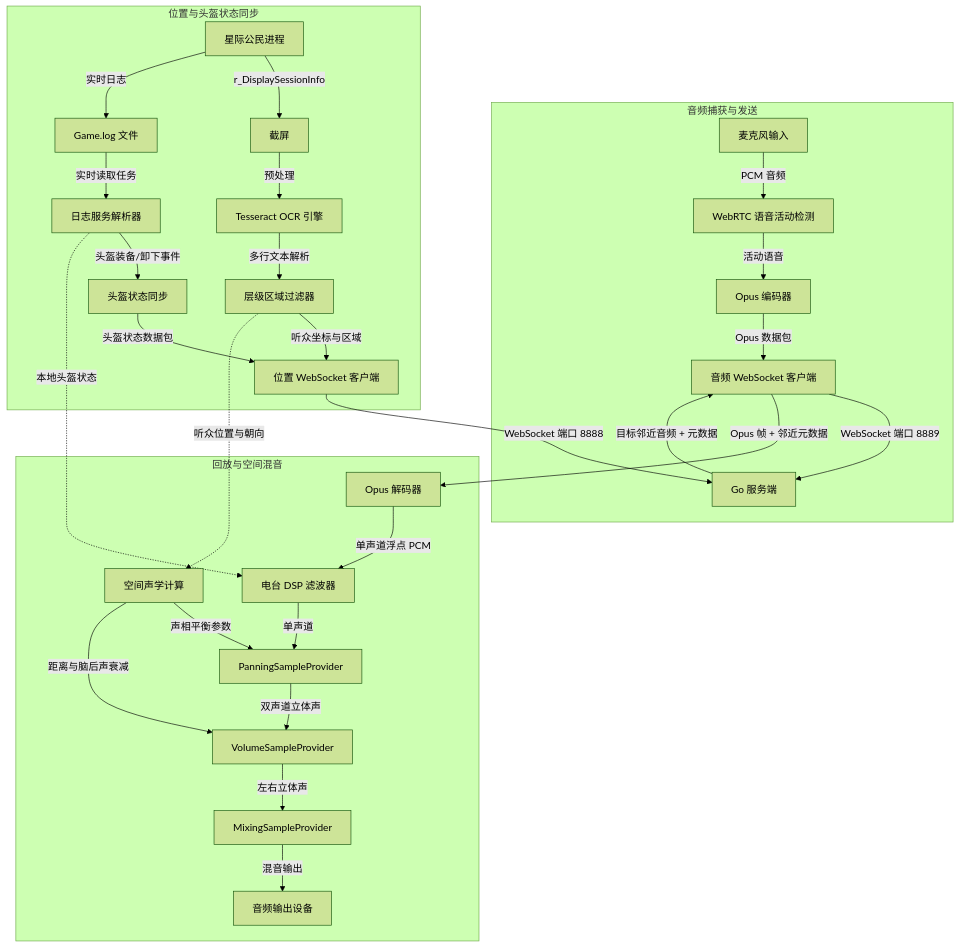
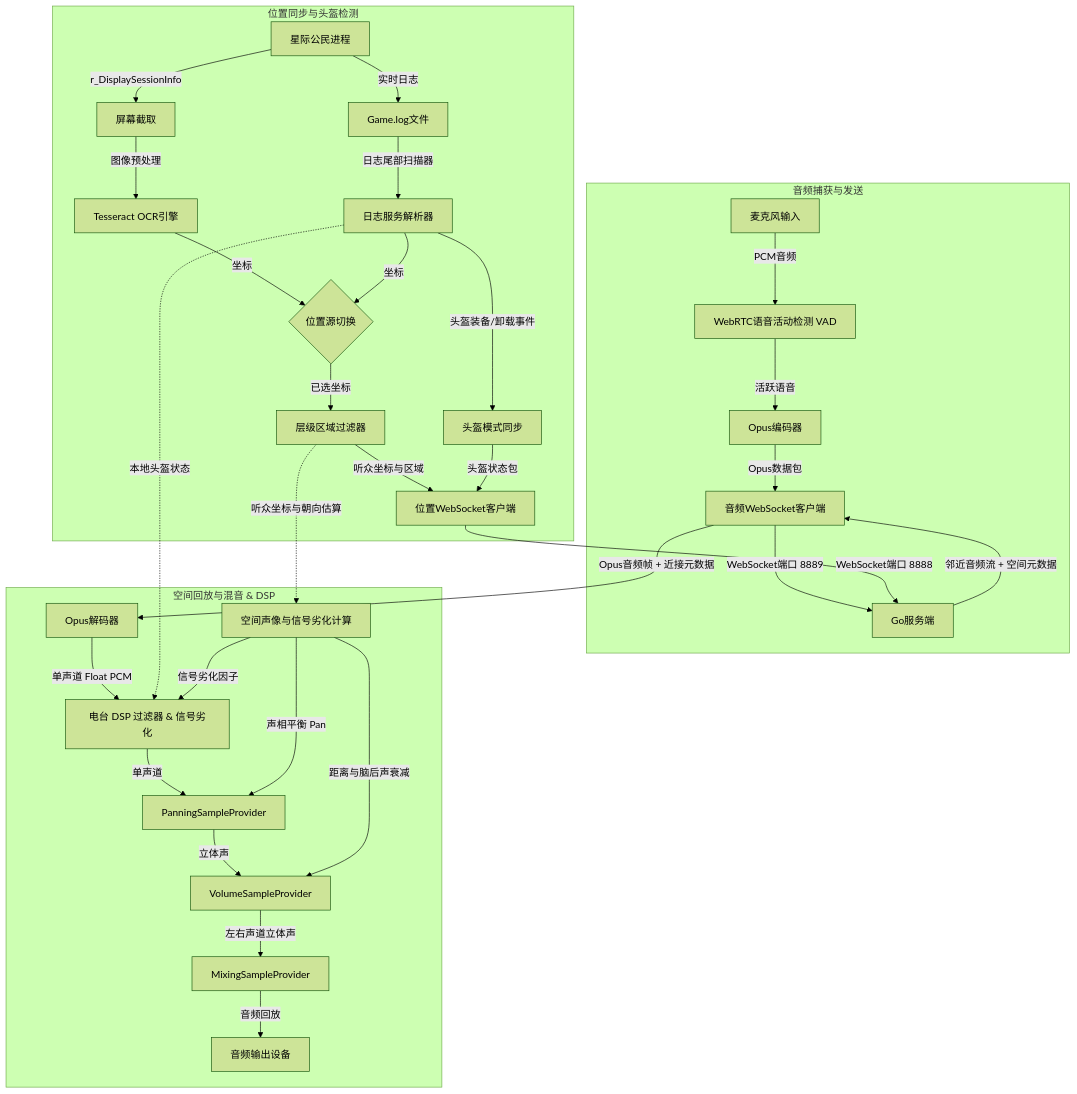
One commit to XuruDragon/XuruVOIP changed the diagram in doc/README.zh.md. Above: the diagram before and after it, drawn with Mermaid (forest theme). The commit also changed other lines of this file and 17 other files, not shown here.

````diff
--- a/doc/README.zh.md
+++ b/doc/README.zh.md
@@ -80,39 +80,45 @@
 ```mermaid
 graph TD
     subgraph 音频捕获与发送
-        Mic[麦克风输入] -->|PCM 音频| VAD[WebRTC 语音活动检测]
-        VAD -->|活动语音| OpusEnc[Opus 编码器]
-        OpusEnc -->|Opus 数据包| AudioWS[音频 WebSocket 客户端]
-        AudioWS -->|WebSocket 端口 8889| Server[Go 服务端]
+        Mic[麦克风输入] -->|PCM音频| VAD[WebRTC语音活动检测 VAD]
+        VAD -->|活跃语音| OpusEnc[Opus编码器]
+        OpusEnc -->|Opus数据包| AudioWS[音频WebSocket客户端]
+        AudioWS -->|WebSocket端口 8889| Server[Go服务端]
     end
 
-    subgraph 位置与头盔状态同步
-        SC[星际公民进程] -->|r_DisplaySessionInfo| Screen[截屏]
-        Screen -->|预处理| Tess[Tesseract OCR 引擎]
-        Tess -->|多行文本解析| Zone[层级区域过滤器]
-        Zone -->|听众坐标与区域| PosWS[位置 WebSocket 客户端]
-        PosWS -->|WebSocket 端口 8888| Server
+    subgraph 位置同步与头盔检测
+        SC[星际公民进程] -->|r_DisplaySessionInfo| Screen[屏幕截取]
+        Screen -->|图像预处理| Tess[Tesseract OCR引擎]
+        
+        SC -->|实时日志| GameLog[Game.log文件]
+        GameLog -->|日志尾部扫描器| LogParser[日志服务解析器]
+        
+        Tess -->|坐标| PosSelector{位置源切换}
+        LogParser -->|坐标| PosSelector
+        
+        PosSelector -->|已选坐标| Zone[层级区域过滤器]
+        Zone -->|听众坐标与区域| PosWS[位置WebSocket客户端]
+        PosWS -->|WebSocket端口 8888| Server
 
-        SC -->|实时日志| GameLog[Game.log 文件]
-        GameLog -->|实时读取任务| LogParser[日志服务解析器]
-        LogParser -->|头盔装备/卸下事件| Helmet[头盔状态同步]
-        Helmet -->|头盔状态数据包| PosWS
+        LogParser -->|头盔装备/卸载事件| Helmet[头盔模式同步]
+        Helmet -->|头盔状态包| PosWS
     end
 
-    subgraph 回放与空间混音
-        Server -->|目标邻近音频 + 元数据| AudioWS
-        AudioWS -->|Opus 帧 + 邻近元数据| Decoder[Opus 解码器]
-        Decoder -->|单声道浮点 PCM| DSP[电台 DSP 滤波器]
+    subgraph 空间回放与混音 & DSP
+        Server -->|邻近音频流 + 空间元数据| AudioWS
+        AudioWS -->|Opus音频帧 + 近接元数据| Decoder[Opus解码器]
+        Decoder -->|单声道 Float PCM| DSP[电台 DSP 过滤器 & 信号劣化]
         DSP -->|单声道| Panner[PanningSampleProvider]
-        Panner -->|双声道立体声| Volume[VolumeSampleProvider]
+        Panner -->|立体声| Volume[VolumeSampleProvider]
         
         LogParser -.->|本地头盔状态| DSP
-        Zone -.->|听众位置与朝向| MixerMath[空间声学计算]
+        Zone -.->|听众坐标与朝向估算| MixerMath[空间声像与信号劣化计算]
         
-        MixerMath -->|声相平衡参数| Panner
+        MixerMath -->|声相平衡 Pan| Panner
         MixerMath -->|距离与脑后声衰减| Volume
+        MixerMath -->|信号劣化因子| DSP
         
-        Volume -->|左右立体声| Mixer[MixingSampleProvider]
-        Mixer -->|混音输出| Speakers[音频输出设备]
+        Volume -->|左右声道立体声| Mixer[MixingSampleProvider]
+        Mixer -->|音频回放| Speakers[音频输出设备]
     end
 ```
````
